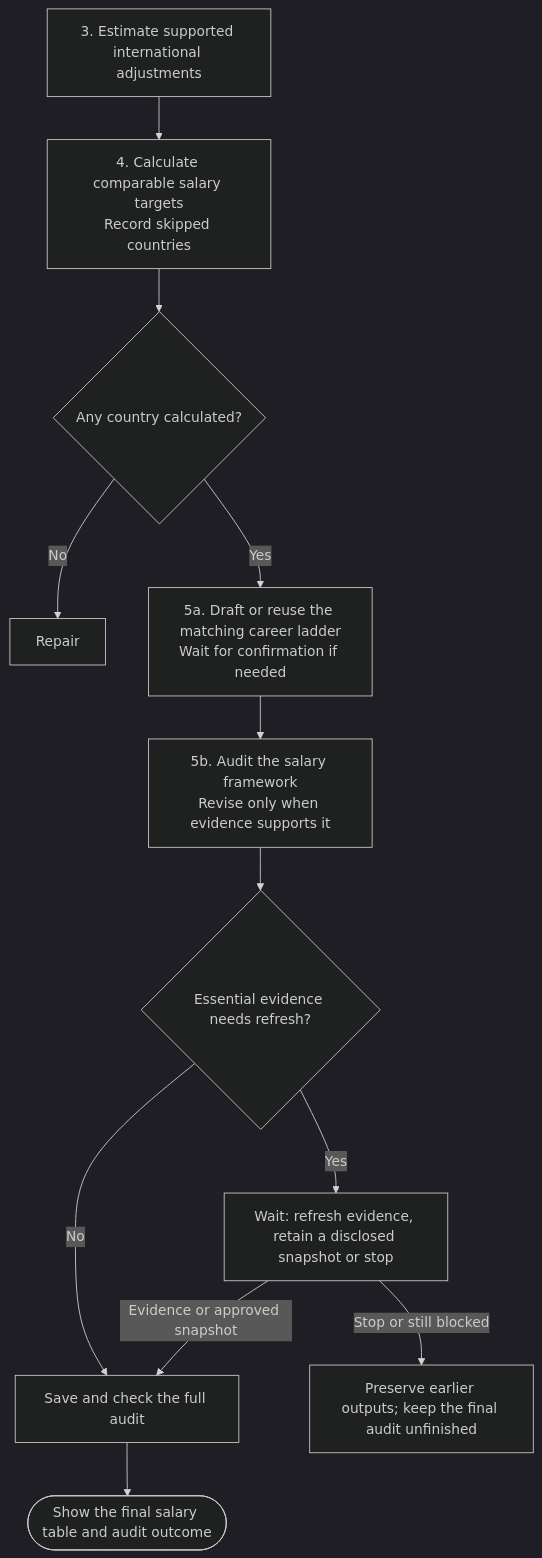
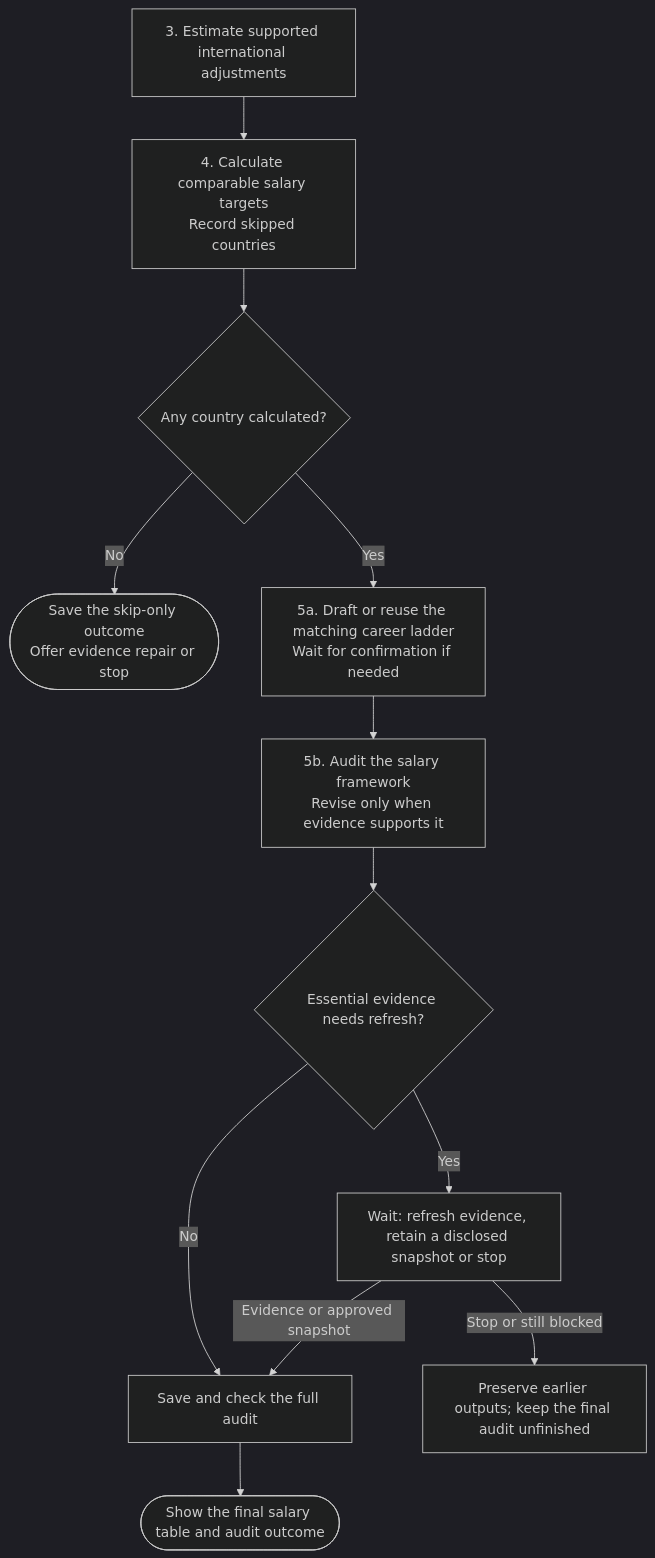
The second of 2 diagrams in docs/commands/salary-calculator/detailed.md (myowinthein/agent-compass), drawn with Mermaid (dark theme) before and after one commit. The commit also changed other lines of this file, not shown here.

Commit message:
docs(salary-calculator): clarify resume and repair paths

````diff
--- a/docs/commands/salary-calculator/detailed.md
+++ b/docs/commands/salary-calculator/detailed.md
@@ -41,15 +40,15 @@
 ```mermaid
 flowchart TD
   S3["3. Estimate supported international adjustments"]
   S3 --> S4["4. Calculate comparable salary targets<br/>Record skipped countries"]
   S4 --> Usable{"Any country calculated?"}
-  Usable -->|No| Repair
+  Usable -->|No| Repair(["Save the skip-only outcome<br/>Offer evidence repair or stop"])
   Usable -->|Yes| Ladder["5a. Draft or reuse the matching career ladder<br/>Wait for confirmation if needed"]
   Ladder --> Audit["5b. Audit the salary framework<br/>Revise only when evidence supports it"]
   Audit --> Fresh{"Essential evidence needs refresh?"}
   Fresh -->|Yes| Choice["Wait: refresh evidence, retain a disclosed snapshot or stop"]
   Choice -->|Evidence or approved snapshot| Final["Save and check the full audit"]
   Choice -->|Stop or still blocked| Pending["Preserve earlier outputs; keep the final audit unfinished"]
   Fresh -->|No| Final
   Final --> End(["Show the final salary table and audit outcome"])
 ```
````
